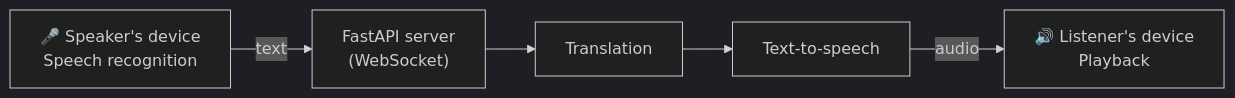
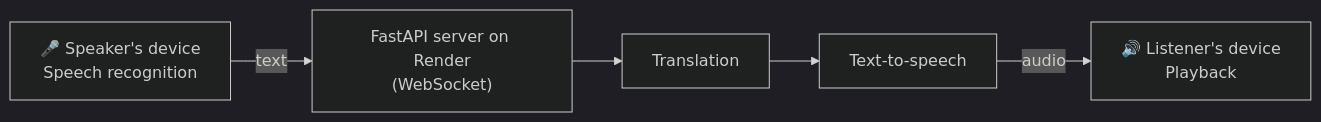
The diagram in README.md (pranavanish2004/AI-Phone-Interpreter), drawn with Mermaid (dark theme) before and after one commit. The commit also changed other lines of this file, not shown here.

````diff
--- a/README.md
+++ b/README.md
@@ -43,7 +46,7 @@
 ```mermaid
 flowchart LR
-    A["🎤 Speaker's device<br/>Speech recognition"] -- text --> B["FastAPI server<br/>(WebSocket)"]
+    A["🎤 Speaker's device<br/>Speech recognition"] -- text --> B["FastAPI server on Render<br/>(WebSocket)"]
     B --> C["Translation"]
     C --> D["Text-to-speech"]
     D -- audio --> E["🔊 Listener's device<br/>Playback"]
 ```
````
